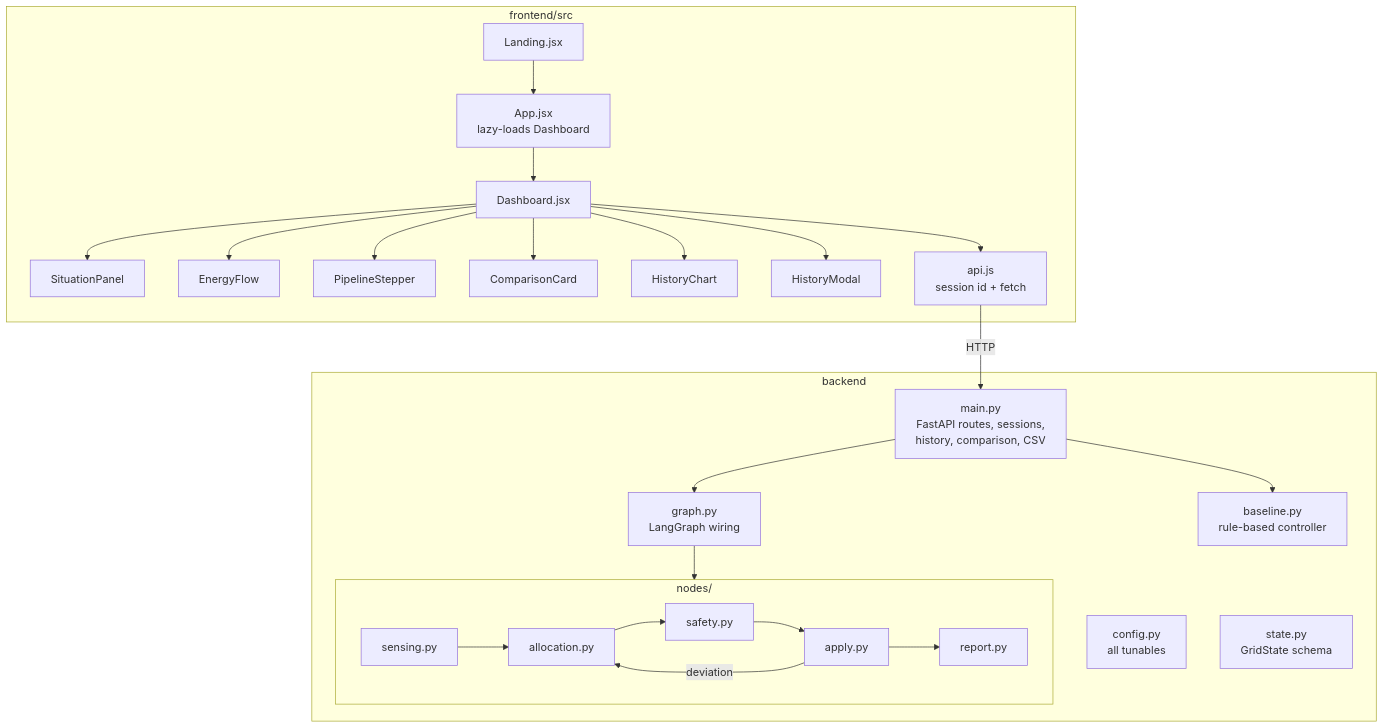
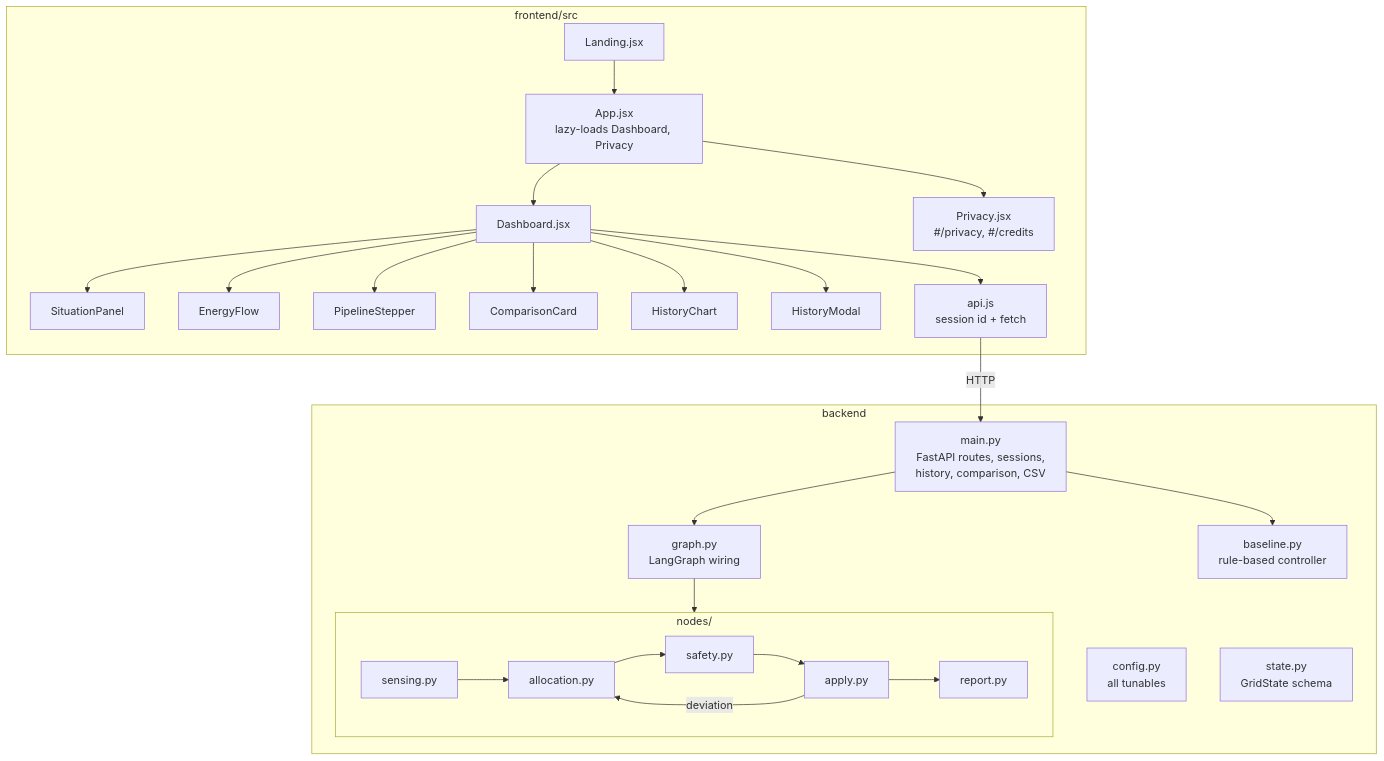
The second of 3 diagrams in docs/03-Architecture.md (ritvik302005/surya-saarthi), drawn with Mermaid before and after one commit. The commit also changed other lines of this file and 26 other files, not shown here.

First line of the commit message:
chore: legal and compliance pass (tariff wording, credits, privacy page, self-hosted fonts)

````diff
--- a/docs/03-Architecture.md
+++ b/docs/03-Architecture.md
@@ -40,29 +40,30 @@
 ```mermaid
 flowchart TB
   subgraph Frontend [frontend/src]
-    L[Landing.jsx] --> APP[App.jsx<br/>lazy-loads Dashboard]
+    L[Landing.jsx] --> APP[App.jsx<br/>lazy-loads Dashboard, Privacy]
     APP --> D[Dashboard.jsx]
+    APP --> PV[Privacy.jsx<br/>#/privacy, #/credits]
     D --> SP[SituationPanel]
     D --> EF[EnergyFlow]
     D --> PS[PipelineStepper]
     D --> CC[ComparisonCard]
     D --> HC[HistoryChart]
     D --> HM[HistoryModal]
     D --> API[api.js<br/>session id + fetch]
   end
   subgraph Backend [backend]
     M[main.py<br/>FastAPI routes, sessions,<br/>history, comparison, CSV]
     G[graph.py<br/>LangGraph wiring]
     subgraph Nodes [nodes/]
       SE[sensing.py] --> AL[allocation.py] --> SA[safety.py] --> AP[apply.py]
       AP -- deviation --> AL
       AP --> RE[report.py]
     end
     B[baseline.py<br/>rule-based controller]
     C[config.py<br/>all tunables]
     S[state.py<br/>GridState schema]
   end
   API -- HTTP --> M
   M --> G --> Nodes
   M --> B
 ```
````
